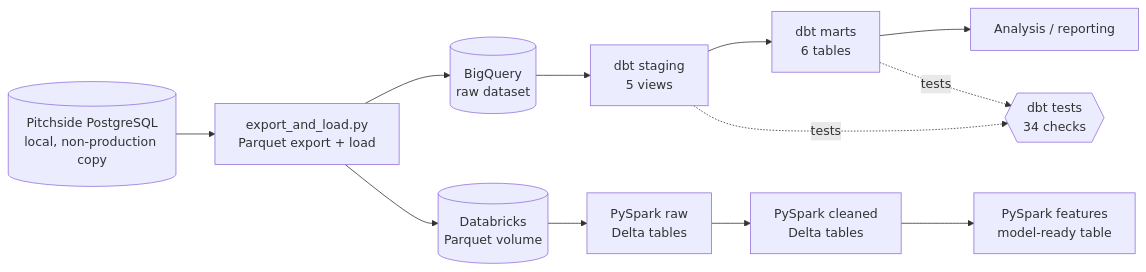
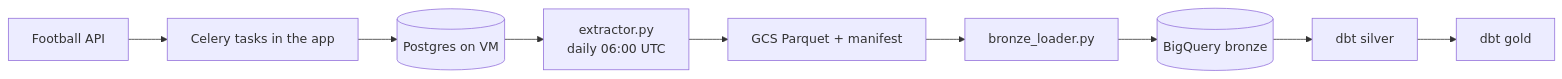
Before and after one commit to skt0909/pitchside-data-platform: the diagram in README.md, drawn with Mermaid. The commit also changed other lines of this file and 47 other files, not shown here.

````diff
--- a/README.md
+++ b/README.md
@@ -9,14 +9,11 @@
 ```mermaid
 flowchart LR
-    A[(Pitchside PostgreSQL<br/>local, non-production copy)] --> B[export_and_load.py<br/>Parquet export + load]
-    B --> C[(BigQuery<br/>raw dataset)]
-    C --> D[dbt staging<br/>5 views]
-    D --> E[dbt marts<br/>6 tables]
-    E --> F[Analysis / reporting]
-    D -. tests .-> T{{dbt tests<br/>34 checks}}
-    E -. tests .-> T
-    B --> G[(Databricks<br/>Parquet volume)]
-    G --> H[PySpark raw<br/>Delta tables]
-    H --> I[PySpark cleaned<br/>Delta tables]
-    I --> J[PySpark features<br/>model-ready table]
+    A[Football API] --> B[Celery tasks in the app]
+    B --> C[(Postgres on VM)]
+    C --> D[extractor.py<br/>daily 06:00 UTC]
+    D --> E[GCS Parquet + manifest]
+    E --> F[bronze_loader.py]
+    F --> G[(BigQuery bronze)]
+    G --> H[dbt silver]
+    H --> I[dbt gold]
 ```
````
